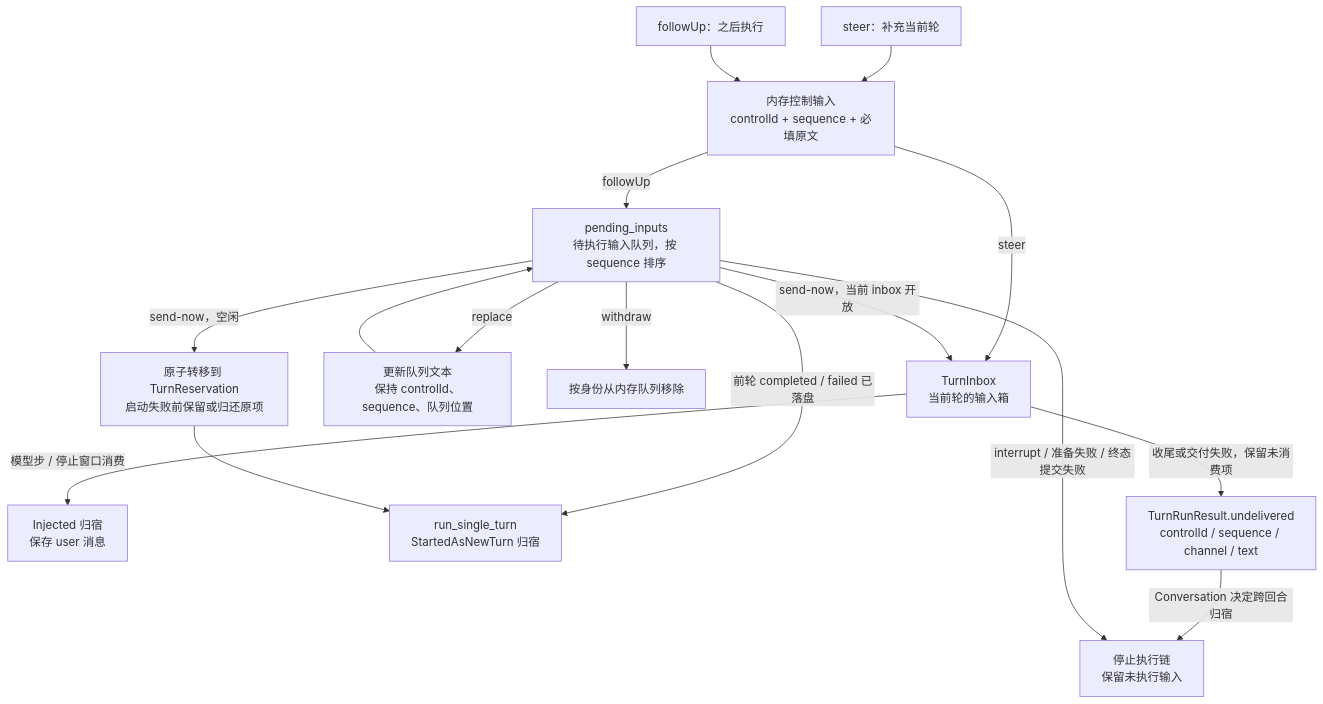
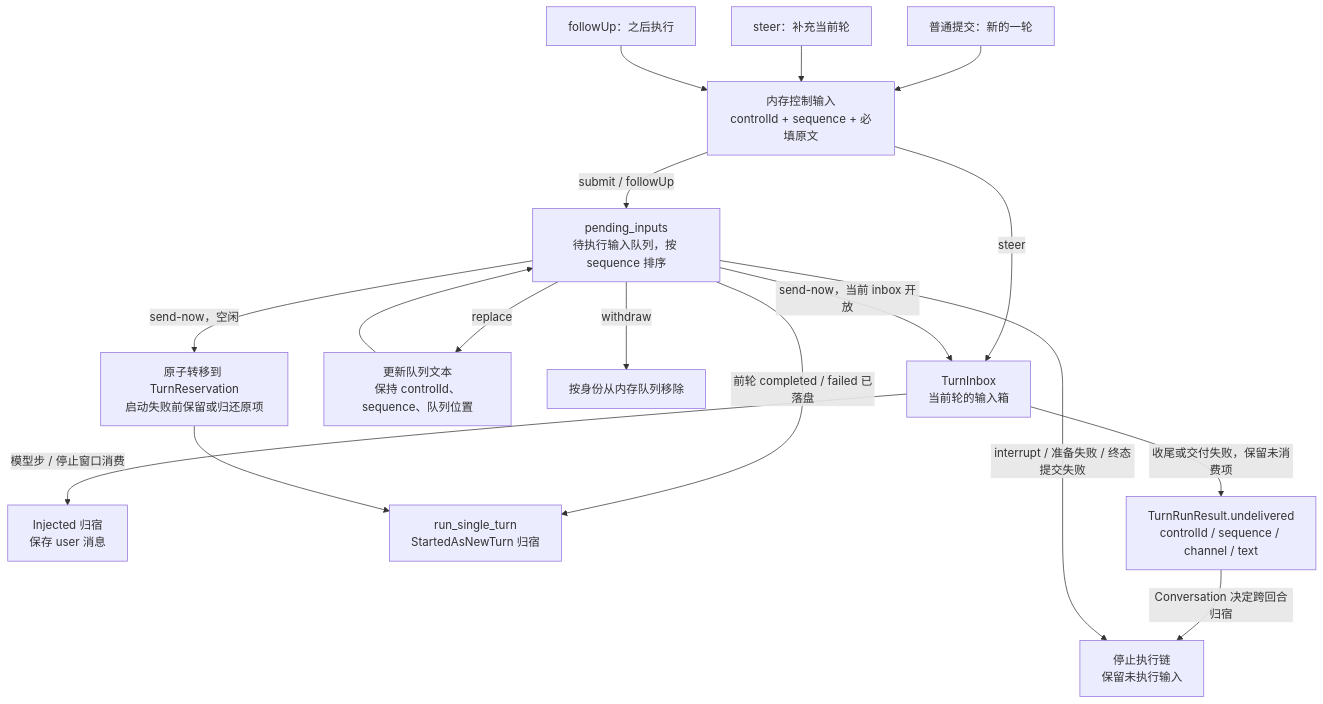
Diagram 16 of 29 in docs/singularity.md (qjcnmd/singularity-agent), drawn with Mermaid before and after one commit. The commit also changed other lines of this file and 53 other files, not shown here.

````diff
--- a/docs/singularity.md
+++ b/docs/singularity.md
@@ -431,18 +431,19 @@
 ```mermaid
 flowchart TB
-    Steer["steer：补充当前轮"] --> Accepted["内存控制输入<br/>controlId + sequence + 必填原文"]
+    Submit["普通提交：新的一轮"] --> Accepted["内存控制输入<br/>controlId + sequence + 必填原文"]
+    Steer["steer：补充当前轮"] --> Accepted
     Follow["followUp：之后执行"] --> Accepted
     Accepted -->|"steer"| Inbox["TurnInbox<br/>当前轮的输入箱"]
-    Accepted -->|"followUp"| Queue["pending_inputs<br/>待执行输入队列，按 sequence 排序"]
+    Accepted -->|"submit / followUp"| Queue["pending_inputs<br/>待执行输入队列，按 sequence 排序"]
     Inbox -->|"模型步 / 停止窗口消费"| Injected["Injected 归宿<br/>保存 user 消息"]
     Queue -->|"replace"| Replaced["更新队列文本<br/>保持 controlId、sequence、队列位置"]
     Replaced --> Queue
     Queue -->|"withdraw"| Withdrawn["按身份从内存队列移除"]
     Queue -->|"send-now，当前 inbox 开放"| Inbox
     Queue -->|"send-now，空闲"| Reserve["原子转移到 TurnReservation<br/>启动失败前保留或归还原项"]
     Queue -->|"前轮 completed / failed 已落盘"| Next["run_single_turn<br/>StartedAsNewTurn 归宿"]
     Reserve --> Next
     Inbox -->|"收尾或交付失败，保留未消费项"| Handoff["TurnRunResult.undelivered<br/>controlId / sequence / channel / text"]
     Handoff -->|"Conversation 决定跨回合归宿"| Retain
     Queue -->|"interrupt / 准备失败 / 终态提交失败"| Retain["停止执行链<br/>保留未执行输入"]
 ```
````
